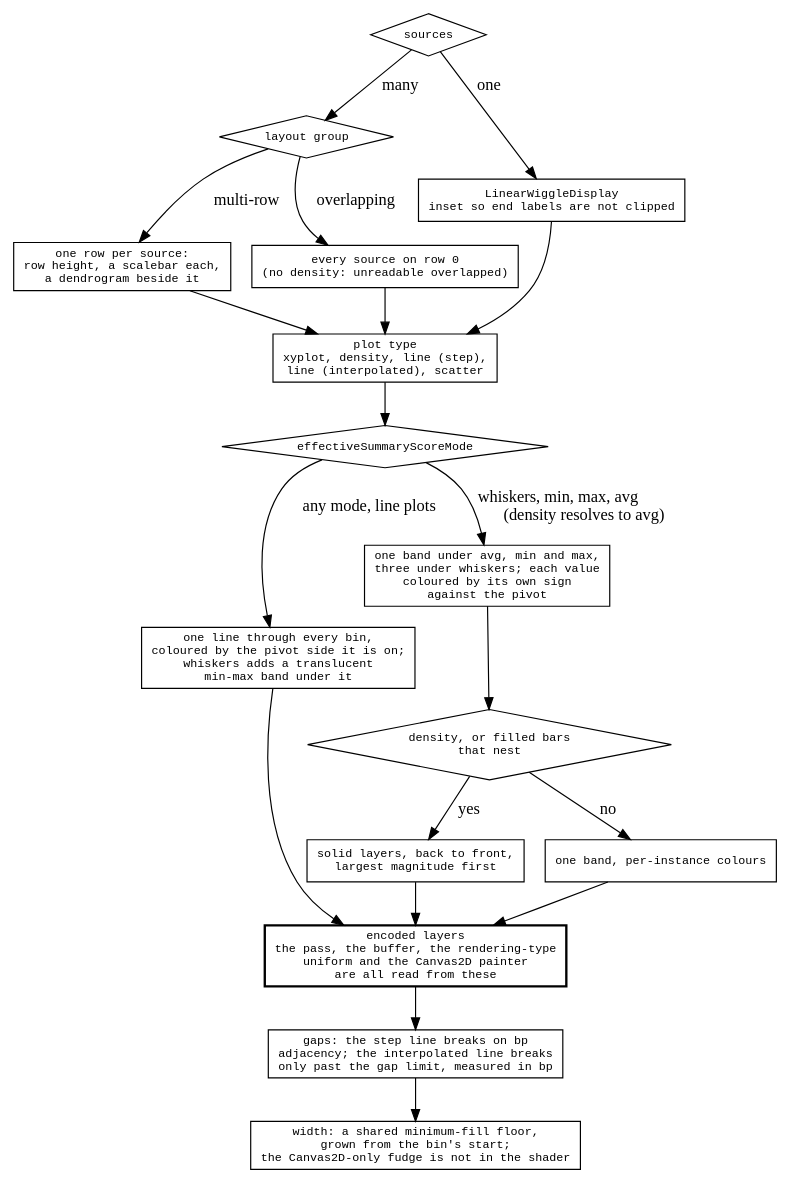
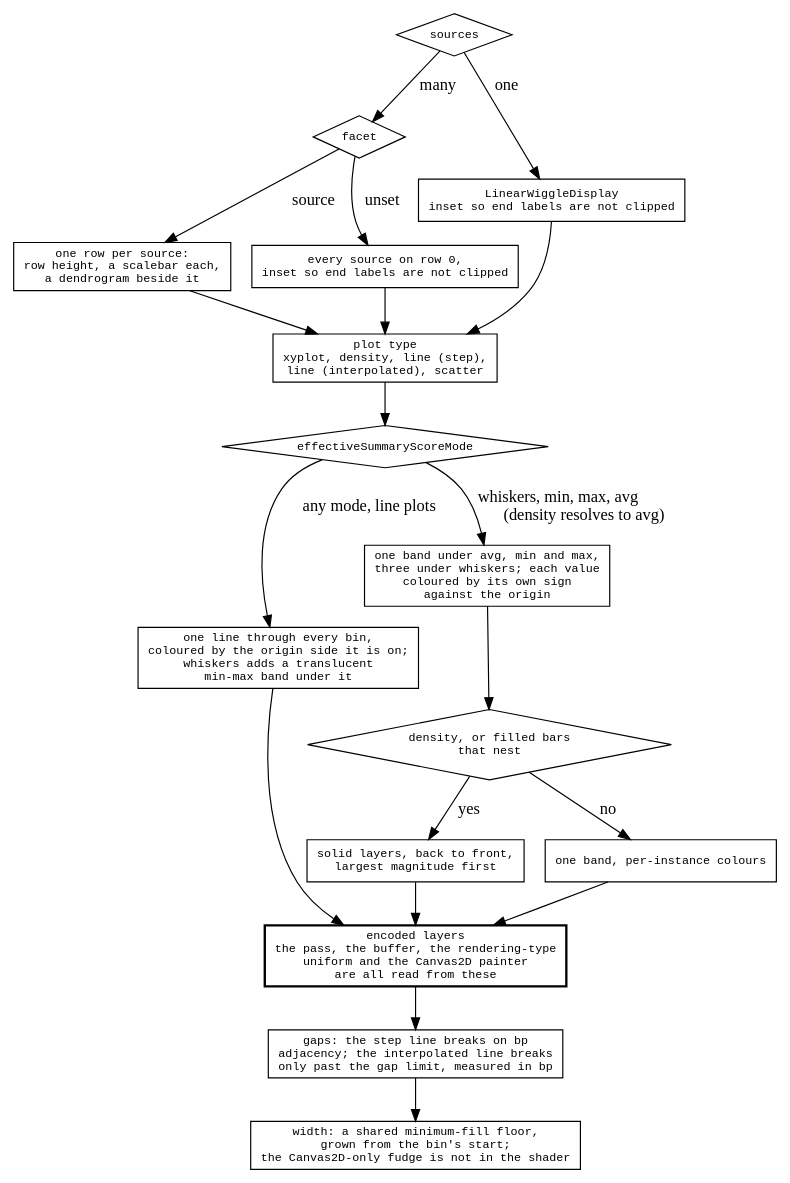
Before and after one commit to GMOD/jbrowse-components: the diagram in agent-docs/mechanisms/diagrams/wiggle-shape.dot, drawn with Graphviz. The commit also changed 17 other files, not shown here.

```diff
--- a/agent-docs/mechanisms/diagrams/wiggle-shape.dot
+++ b/agent-docs/mechanisms/diagrams/wiggle-shape.dot
@@ -1,40 +1,40 @@
 digraph wiggle_shape {
   rankdir=TB
   node [shape=box fontname=monospace fontsize=10]
   { node [shape=diamond] many; layout; summary; nests }
 
   many [label="sources"]
   many -> single [label=" one"]
   many -> layout [label=" many"]
   single [label="LinearWiggleDisplay\ninset so end labels are not clipped"]
 
-  layout [label="layout group"]
-  layout -> multirow [label=" multi-row"]
-  layout -> overlay  [label=" overlapping"]
+  layout [label="facet"]
+  layout -> multirow [label=" source"]
+  layout -> overlay  [label=" unset"]
   multirow [label="one row per source:\nrow height, a scalebar each,\na dendrogram beside it"]
-  overlay  [label="every source on row 0\n(no density: unreadable overlapped)"]
+  overlay  [label="every source on row 0,\ninset so end labels are not clipped"]
 
   plot [label="plot type\nxyplot, density, line (step),\nline (interpolated), scatter"]
   single -> plot  multirow -> plot  overlay -> plot
 
   summary [label="effectiveSummaryScoreMode"]
   plot -> summary
   summary -> range [label=" any mode, line plots"]
   summary -> bands [label=" whiskers, min, max, avg\l (density resolves to avg)"]
-  range [label="one line through every bin,\ncoloured by the pivot side it is on;\nwhiskers adds a translucent\nmin-max band under it"]
-  bands [label="one band under avg, min and max,\nthree under whiskers; each value\ncoloured by its own sign\nagainst the pivot"]
+  range [label="one line through every bin,\ncoloured by the origin side it is on;\nwhiskers adds a translucent\nmin-max band under it"]
+  bands [label="one band under avg, min and max,\nthree under whiskers; each value\ncoloured by its own sign\nagainst the origin"]
 
   nests [label="density, or filled bars\nthat nest"]
   bands -> nests
   nests -> split [label=" yes"]
   nests -> whole [label=" no"]
   split [label="solid layers, back to front,\nlargest magnitude first"]
   whole [label="one band, per-instance colours"]
 
   encoded [label="encoded layers\nthe pass, the buffer, the rendering-type\nuniform and the Canvas2D painter\nare all read from these", style=bold]
   split -> encoded  whole -> encoded  range -> encoded
 
   gaps  [label="gaps: the step line breaks on bp\nadjacency; the interpolated line breaks\nonly past the gap limit, measured in bp"]
   width [label="width: a shared minimum-fill floor,\ngrown from the bin's start;\nthe Canvas2D-only fudge is not in the shader"]
   encoded -> gaps -> width
 }
```
